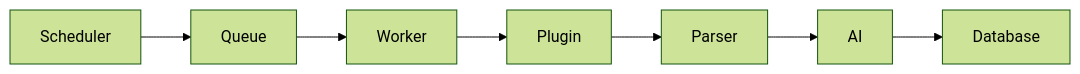
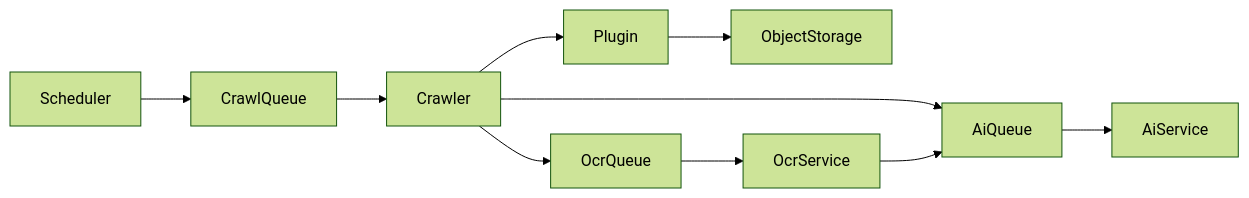
Before and after one commit to TimUx/OpenEventHub: the diagram in docs/CRAWLER_FRAMEWORK.md, drawn with Mermaid (forest theme). The commit also changed other lines of this file and 81 other files, not shown here.

First line of the commit message:
feat(crawler): add plugin-first crawl pipeline with OCR (v0.5.0)

````diff
--- a/docs/CRAWLER_FRAMEWORK.md
+++ b/docs/CRAWLER_FRAMEWORK.md
@@ -14,9 +14,12 @@
 ```mermaid
 flowchart LR
-    Scheduler-->Queue
-    Queue-->Worker
-    Worker-->Plugin
-    Plugin-->Parser
-    Parser-->AI
-    AI-->Database
+    Scheduler-->CrawlQueue
+    CrawlQueue-->Crawler
+    Crawler-->Plugin
+    Plugin-->ObjectStorage
+    Crawler-->OcrQueue
+    Crawler-->AiQueue
+    OcrQueue-->OcrService
+    OcrService-->AiQueue
+    AiQueue-->AiService
 ```
````
